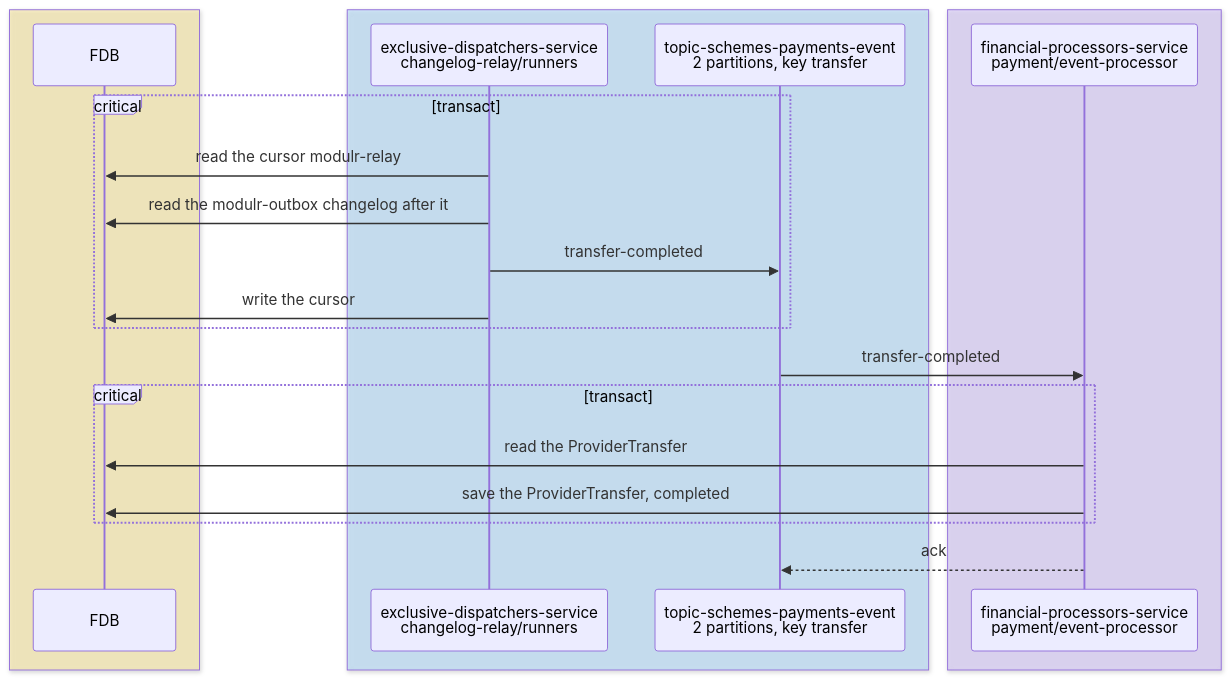
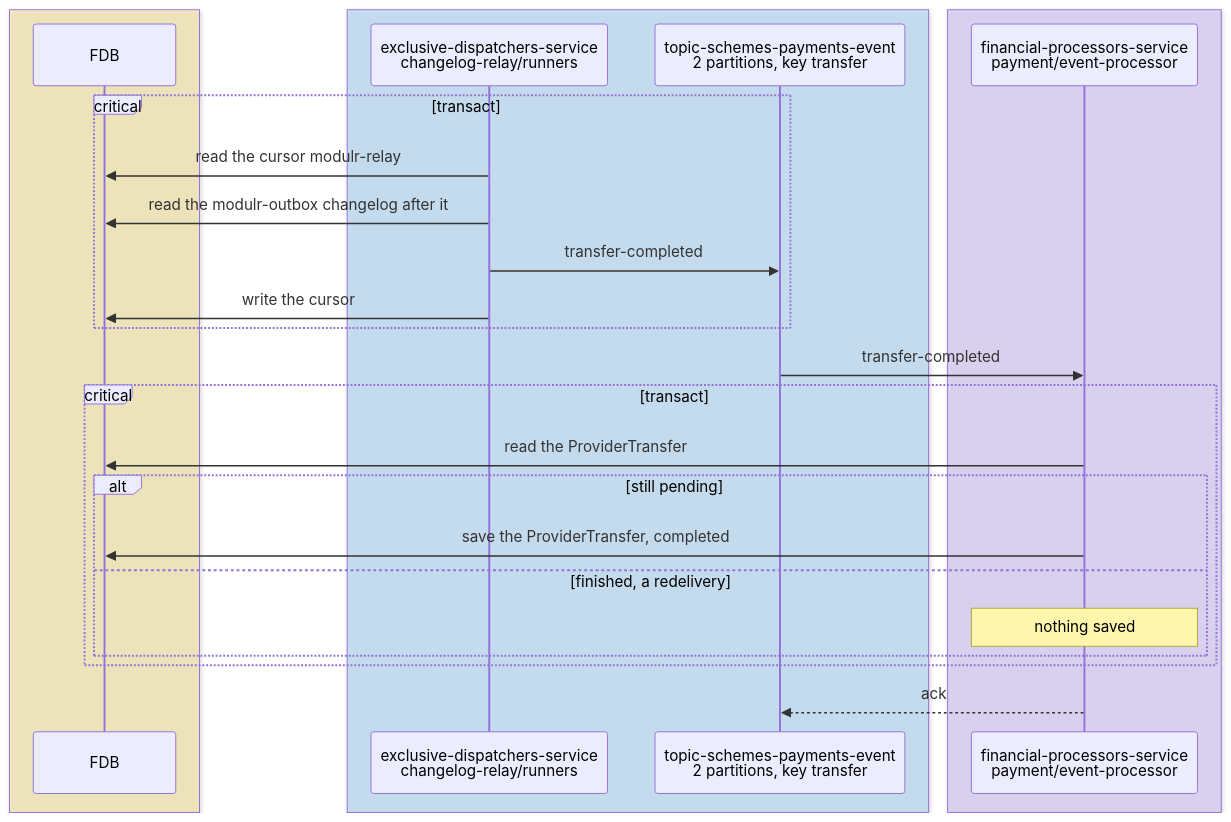
One commit to repldriven/queenswood changed the seventh of 7 diagrams in docs/tdd/payments-internal.md. Above: the diagram before and after it, drawn with Mermaid. The commit also changed other lines of this file, not shown here.

````diff
--- a/docs/tdd/payments-internal.md
+++ b/docs/tdd/payments-internal.md
@@ -283,25 +365,29 @@
 ```mermaid
 sequenceDiagram
     box rgba(255, 236, 153, 0.5)
     participant DB as FDB
     end
     box rgba(165, 216, 255, 0.45)
     participant OR as exclusive-dispatchers-service<br/>changelog-relay/runners
     participant SE as topic-schemes-payments-event<br/>2 partitions, key transfer
     end
     box rgba(208, 191, 255, 0.45)
     participant PE as financial-processors-service<br/>payment/event-processor
     end
     critical transact
     OR->>DB: read the cursor modulr-relay
     OR->>DB: read the modulr-outbox changelog after it
     OR->>SE: transfer-completed
     OR->>DB: write the cursor
     end
     SE->>PE: transfer-completed
     critical transact
     PE->>DB: read the ProviderTransfer
+    alt still pending
     PE->>DB: save the ProviderTransfer, completed
+    else finished, a redelivery
+    Note over PE: nothing saved
+    end
     end
     PE-->>SE: ack
 ```
````
